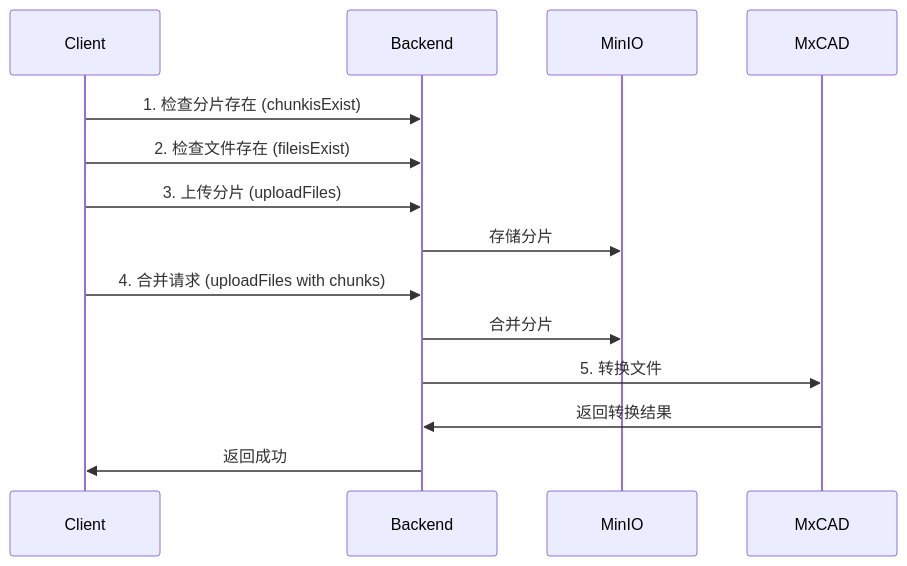
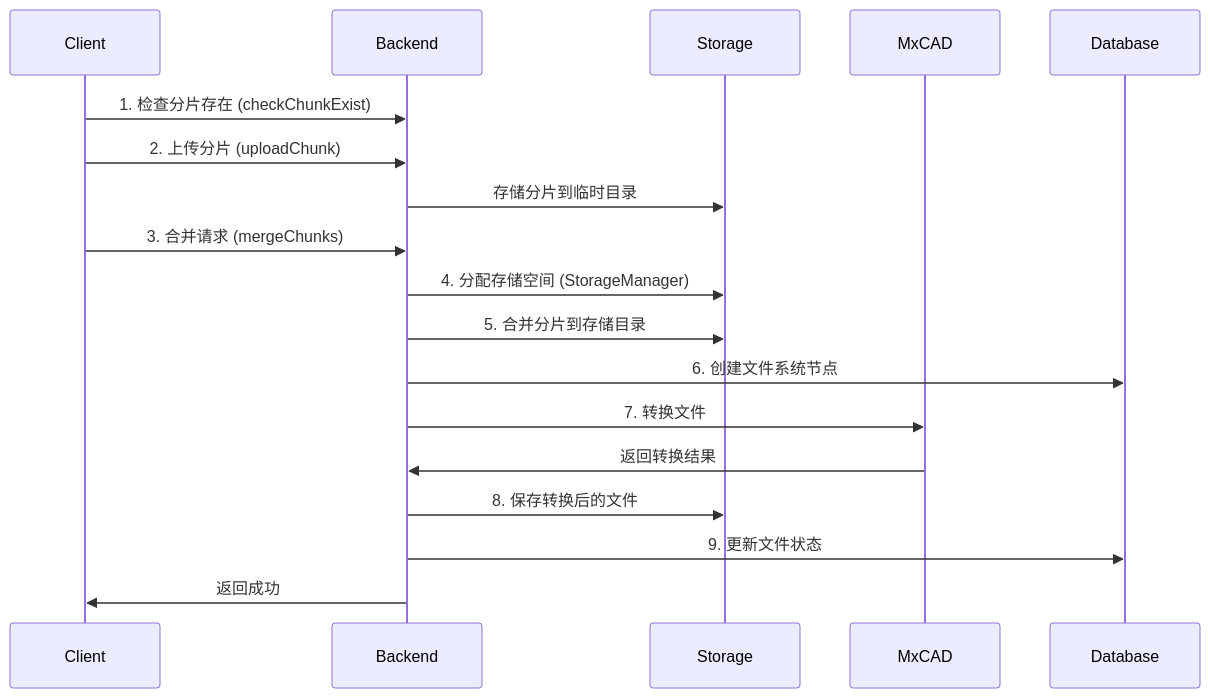
The diagram in IFLOW.md (mxcad/cloudcad), drawn with Mermaid before and after one commit. The commit also changed other lines of this file and 66 other files, not shown here.

````diff
--- a/IFLOW.md
+++ b/IFLOW.md
@@ -1377,17 +1589,20 @@
 ```mermaid
 sequenceDiagram
     participant Client
     participant Backend
-    participant MinIO
+    participant Storage
     participant MxCAD
 
-    Client->>Backend: 1. 检查分片存在 (chunkisExist)
-    Client->>Backend: 2. 检查文件存在 (fileisExist)
-    Client->>Backend: 3. 上传分片 (uploadFiles)
-    Backend->>MinIO: 存储分片
-    Client->>Backend: 4. 合并请求 (uploadFiles with chunks)
-    Backend->>MinIO: 合并分片
-    Backend->>MxCAD: 5. 转换文件
+    Client->>Backend: 1. 检查分片存在 (checkChunkExist)
+    Client->>Backend: 2. 上传分片 (uploadChunk)
+    Backend->>Storage: 存储分片到临时目录
+    Client->>Backend: 3. 合并请求 (mergeChunks)
+    Backend->>Storage: 4. 分配存储空间 (StorageManager)
+    Backend->>Storage: 5. 合并分片到存储目录
+    Backend->>Database: 6. 创建文件系统节点
+    Backend->>MxCAD: 7. 转换文件
     MxCAD->>Backend: 返回转换结果
+    Backend->>Storage: 8. 保存转换后的文件
+    Backend->>Database: 9. 更新文件状态
     Backend->>Client: 返回成功
 ```
````
